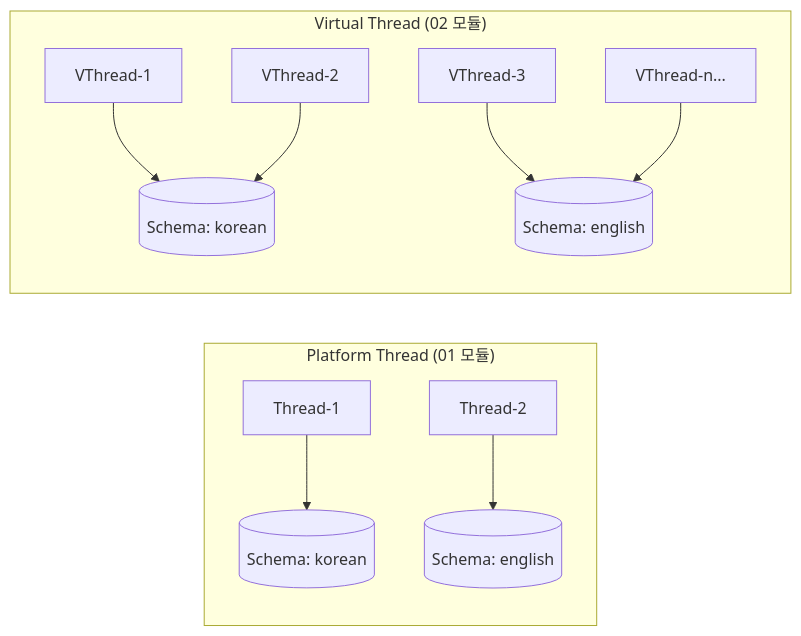
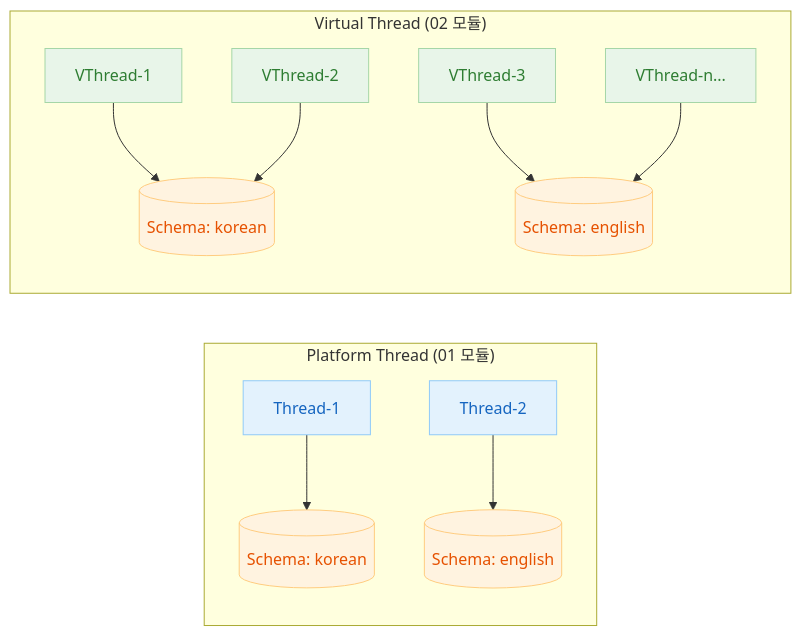
One commit to bluetape4k/exposed-workshop changed the third of 4 diagrams in 10-multi-tenant/02-multitenant-spring-web-virtualthread/README.md. Above: the diagram before and after it, drawn with Mermaid. The commit also changed other lines of this file and 56 other files, not shown here.

First line of the commit message:
docs: 전체 README mermaid 다이어그램에 파스텔 톤 색상 적용

````diff
--- a/10-multi-tenant/02-multitenant-spring-web-virtualthread/README.md
+++ b/10-multi-tenant/02-multitenant-spring-web-virtualthread/README.md
@@ -136,13 +147,21 @@
 ```mermaid
 flowchart LR
     subgraph PT["Platform Thread (01 모듈)"]
         PT1[Thread-1] --> DB1[(Schema: korean)]
         PT2[Thread-2] --> DB2[(Schema: english)]
     end
     subgraph VT["Virtual Thread (02 모듈)"]
         VT1[VThread-1] --> DB3[(Schema: korean)]
         VT2[VThread-2] --> DB3
         VT3[VThread-3] --> DB4[(Schema: english)]
         VT4[VThread-n...] --> DB4
     end
+
+    classDef blue fill:#E3F2FD,stroke:#90CAF9,color:#1565C0
+    classDef green fill:#E8F5E9,stroke:#A5D6A7,color:#2E7D32
+    classDef orange fill:#FFF3E0,stroke:#FFCC80,color:#E65100
+
+    class PT1,PT2 blue
+    class VT1,VT2,VT3,VT4 green
+    class DB1,DB2,DB3,DB4 orange
 ```
````
